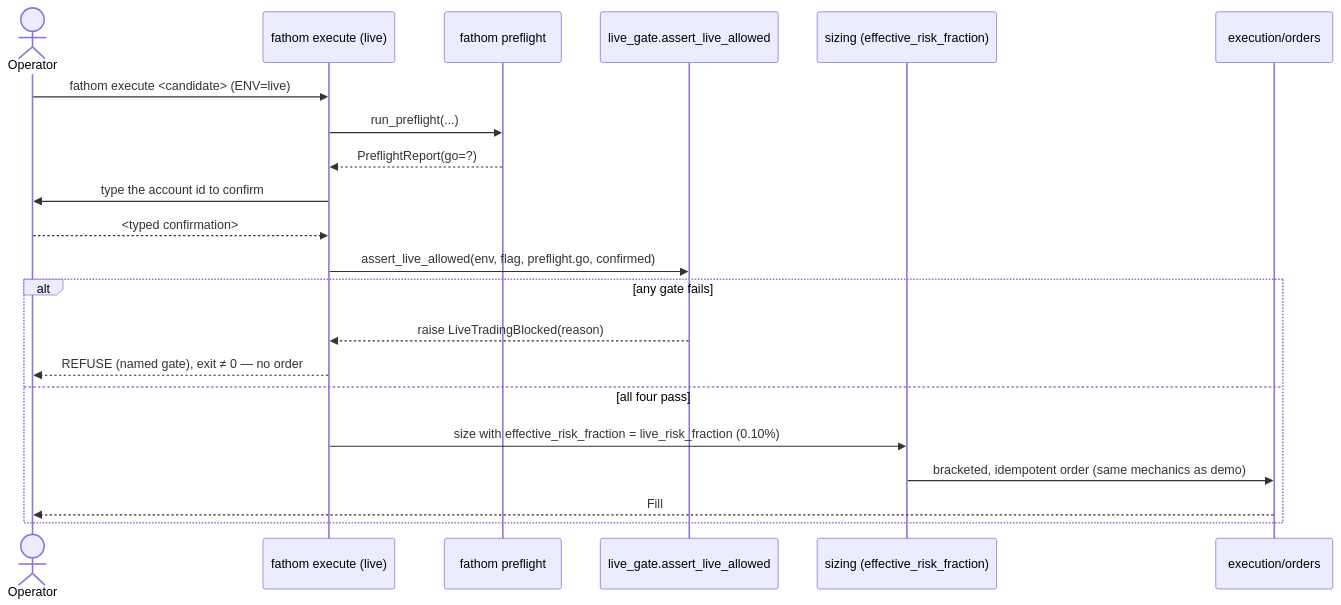
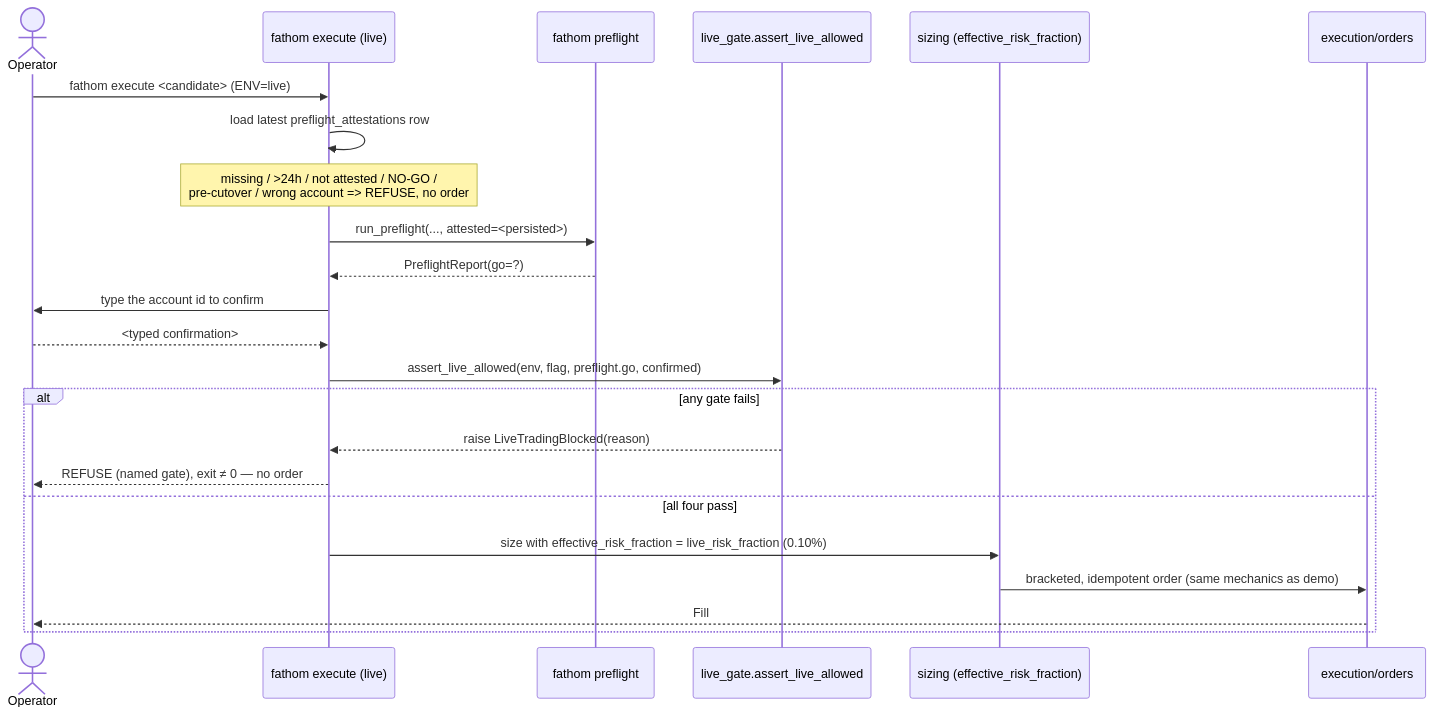
The diagram in docs/features/live-trading-gate.md (saambaby/fathom), drawn with Mermaid before and after one commit. The commit also changed other lines of this file and 10 other files, not shown here.

First line of the commit message:
fix(live-gate): execute reads a persisted preflight attestation; runbook deadlock resolved (#153)

````diff
--- a/docs/features/live-trading-gate.md
+++ b/docs/features/live-trading-gate.md
@@ -41,24 +42,26 @@
 ```mermaid
 sequenceDiagram
     actor OP as Operator
     participant CLI as fathom execute (live)
     participant PF as fathom preflight
     participant GATE as live_gate.assert_live_allowed
     participant SZ as sizing (effective_risk_fraction)
     participant EX as execution/orders
 
     OP->>CLI: fathom execute <candidate>  (ENV=live)
-    CLI->>PF: run_preflight(...)
+    CLI->>CLI: load latest preflight_attestations row
+    Note over CLI: missing / >24h / not attested / NO-GO /<br/>pre-cutover / wrong account => REFUSE, no order
+    CLI->>PF: run_preflight(..., attested=<persisted>)
     PF-->>CLI: PreflightReport(go=?)
     CLI->>OP: type the account id to confirm
     OP-->>CLI: <typed confirmation>
     CLI->>GATE: assert_live_allowed(env, flag, preflight.go, confirmed)
     alt any gate fails
         GATE-->>CLI: raise LiveTradingBlocked(reason)
         CLI-->>OP: REFUSE (named gate), exit ≠ 0 — no order
     else all four pass
         CLI->>SZ: size with effective_risk_fraction = live_risk_fraction (0.10%)
         SZ->>EX: bracketed, idempotent order (same mechanics as demo)
         EX-->>OP: Fill
     end
 ```
````
